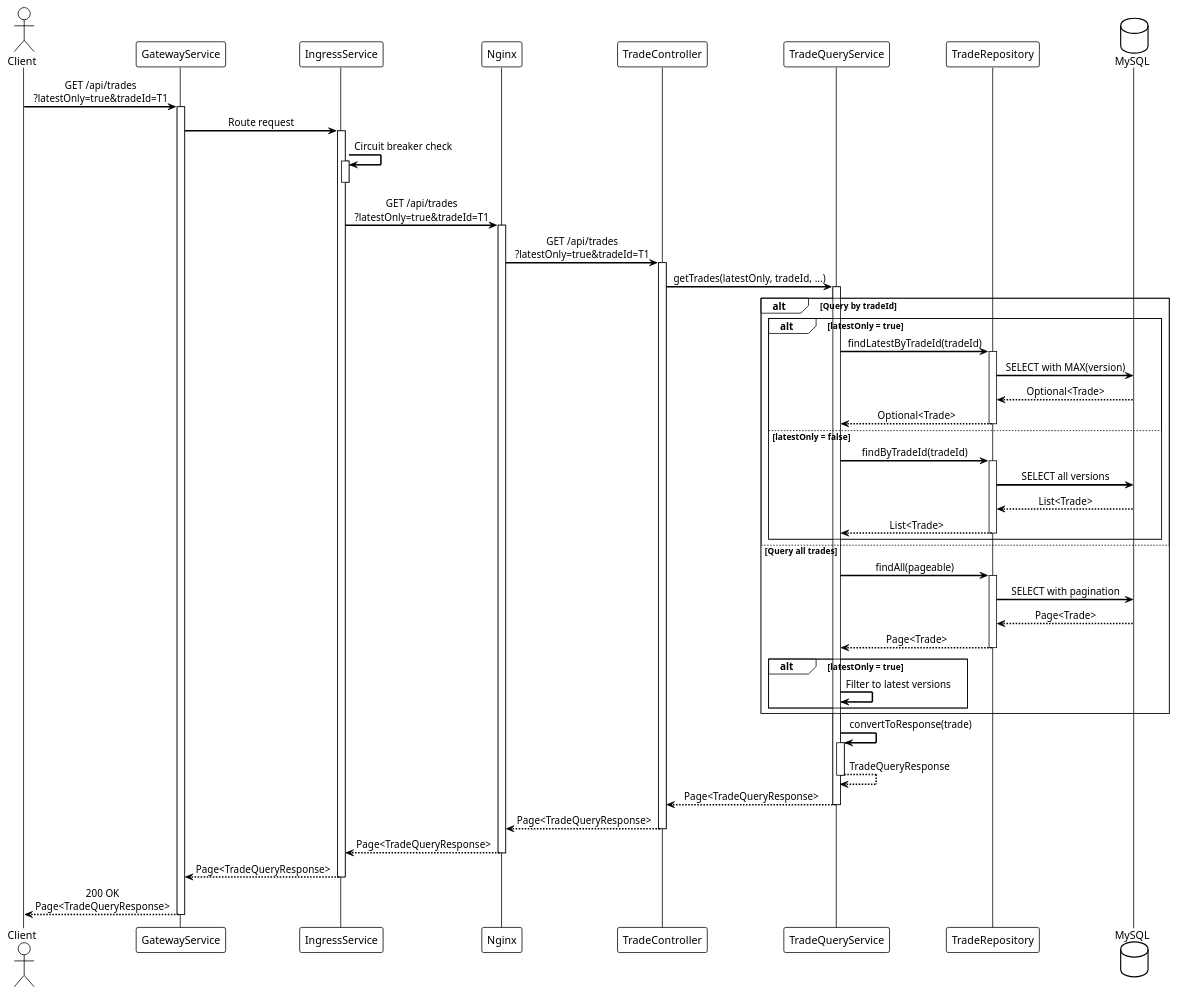
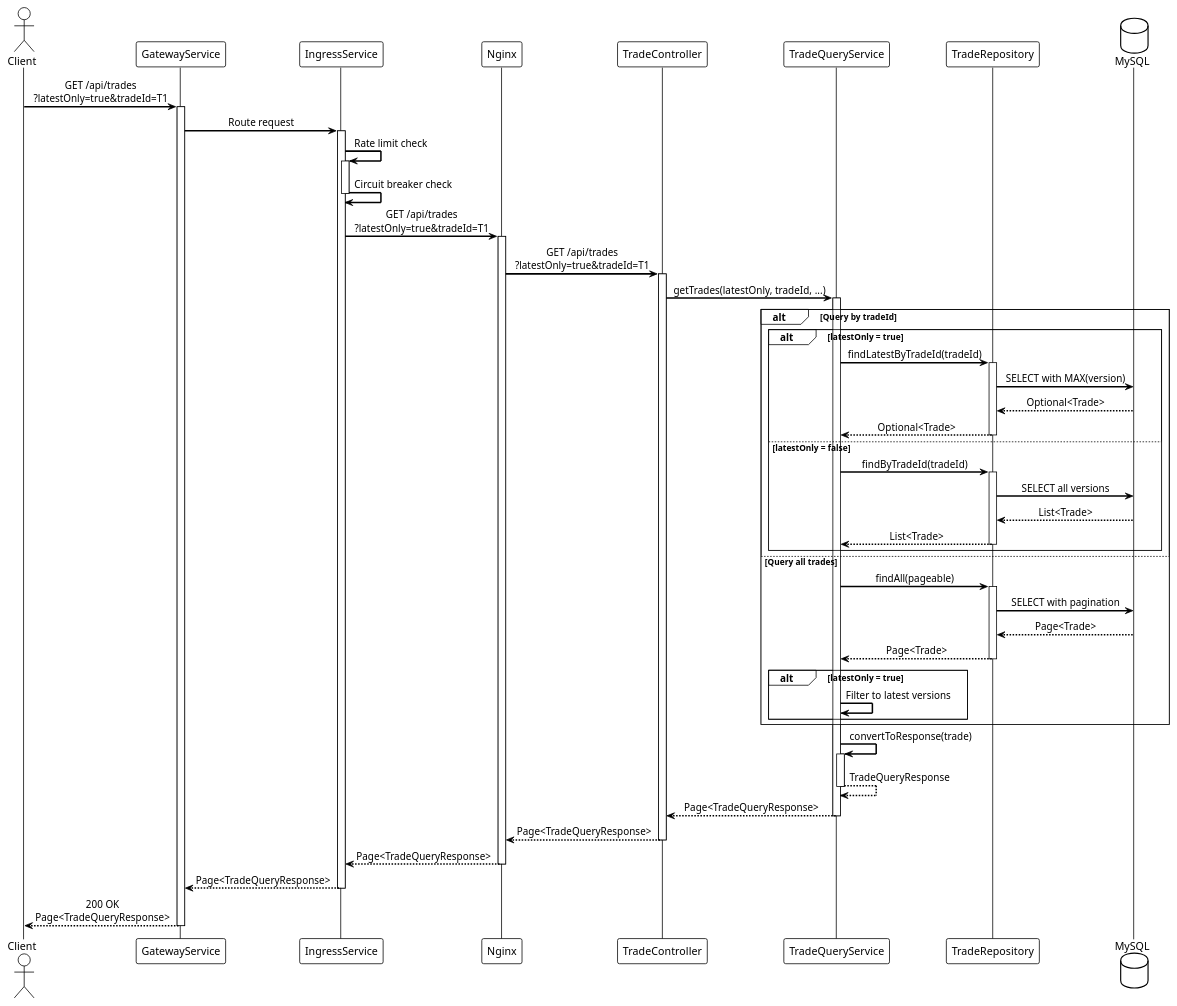
One commit to mukizonese/trade-platform changed the diagram in backend/diagrams/sequence-trade-query.puml. Above: the diagram before and after it, drawn with PlantUML. The commit also changed 28 other files, not shown here.

Commit message:
PlantUML updated for AI. CircuitBreaker Live Test added.

```diff
--- a/backend/diagrams/sequence-trade-query.puml
+++ b/backend/diagrams/sequence-trade-query.puml
@@ -1,85 +1,86 @@
 @startuml Trade Query
 
 !theme plain
 skinparam backgroundColor #FFFFFF
 skinparam sequenceMessageAlign center
 skinparam sequenceArrowThickness 2
 
 actor Client
 participant GatewayService
 participant IngressService
 participant Nginx
 participant TradeController
 participant TradeQueryService
 participant TradeRepository
 database MySQL
 
 Client -> GatewayService: GET /api/trades\n?latestOnly=true&tradeId=T1
 activate GatewayService
 
 GatewayService -> IngressService: Route request
 activate IngressService
 
+IngressService -> IngressService: Rate limit check
+activate IngressService
 IngressService -> IngressService: Circuit breaker check
-activate IngressService
 deactivate IngressService
 
 IngressService -> Nginx: GET /api/trades\n?latestOnly=true&tradeId=T1
 activate Nginx
 
 Nginx -> TradeController: GET /api/trades\n?latestOnly=true&tradeId=T1
 activate TradeController
 
 TradeController -> TradeQueryService: getTrades(latestOnly, tradeId, ...)
 activate TradeQueryService
 
 alt Query by tradeId
     alt latestOnly = true
         TradeQueryService -> TradeRepository: findLatestByTradeId(tradeId)
         activate TradeRepository
         TradeRepository -> MySQL: SELECT with MAX(version)
         MySQL --> TradeRepository: Optional<Trade>
         TradeRepository --> TradeQueryService: Optional<Trade>
         deactivate TradeRepository
     else latestOnly = false
         TradeQueryService -> TradeRepository: findByTradeId(tradeId)
         activate TradeRepository
         TradeRepository -> MySQL: SELECT all versions
         MySQL --> TradeRepository: List<Trade>
         TradeRepository --> TradeQueryService: List<Trade>
         deactivate TradeRepository
     end
 else Query all trades
     TradeQueryService -> TradeRepository: findAll(pageable)
     activate TradeRepository
     TradeRepository -> MySQL: SELECT with pagination
     MySQL --> TradeRepository: Page<Trade>
     TradeRepository --> TradeQueryService: Page<Trade>
     deactivate TradeRepository
     
     alt latestOnly = true
         TradeQueryService -> TradeQueryService: Filter to latest versions
     end
 end
 
 TradeQueryService -> TradeQueryService: convertToResponse(trade)
 activate TradeQueryService
 TradeQueryService --> TradeQueryService: TradeQueryResponse
 deactivate TradeQueryService
 
 TradeQueryService --> TradeController: Page<TradeQueryResponse>
 deactivate TradeQueryService
 
 TradeController --> Nginx: Page<TradeQueryResponse>
 deactivate TradeController
 
 Nginx --> IngressService: Page<TradeQueryResponse>
 deactivate Nginx
 
 IngressService --> GatewayService: Page<TradeQueryResponse>
 deactivate IngressService
 
 GatewayService --> Client: 200 OK\nPage<TradeQueryResponse>
 deactivate GatewayService
 
 @enduml
```
